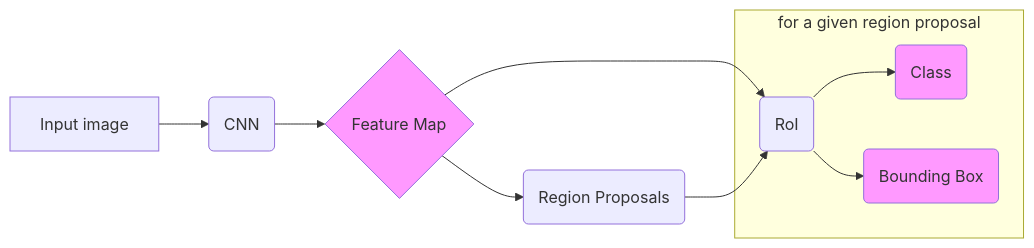
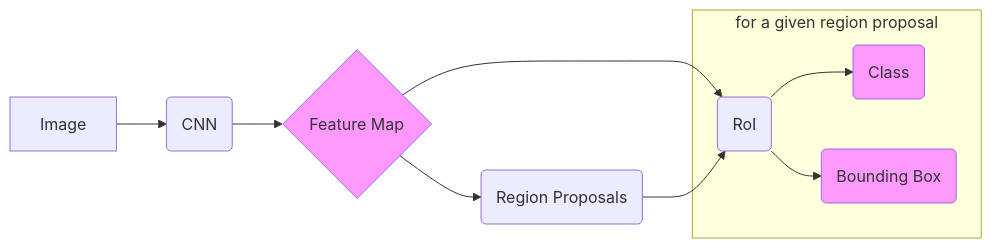
The diagram in thesis/chapters/podejscie/mask_r-cnn/fast_r-cnn.mmd (rzadp/badminton-monorepo), drawn with Mermaid before and after one commit. The commit also changed 2 other files, not shown here.

```diff
--- a/thesis/chapters/podejscie/mask_r-cnn/fast_r-cnn.mmd
+++ b/thesis/chapters/podejscie/mask_r-cnn/fast_r-cnn.mmd
@@ -1,31 +1,31 @@
 graph LR
 
 %% ...::: NODES :::...
 
-input[Input image]
+input[Image]
 cnn(CNN)
 feature_map{Feature Map}
 rpn(Region Proposals)
 roi(RoI)
 
 clas(Class)
 bounding_box(Bounding Box)
 
 %% ...::: STYLING :::...
 
 style feature_map fill:#f9f
 style clas fill:#f9f
 style bounding_box fill:#f9f
 
 %% ...::: FLOWS :::...
 
 input-->cnn
 cnn-->feature_map
 feature_map-->rpn
 
 feature_map-->roi
 rpn-->roi
 subgraph for a given region proposal
   roi-->clas
   roi-->bounding_box
 end
```
